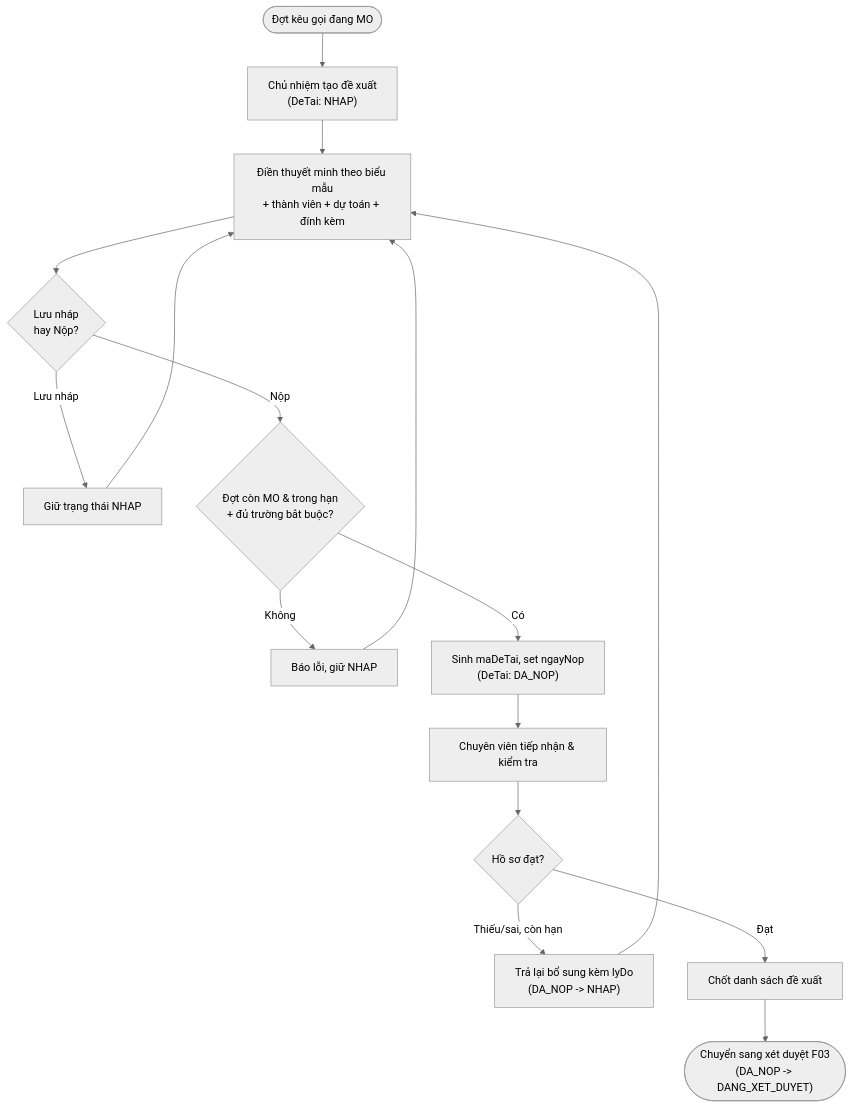
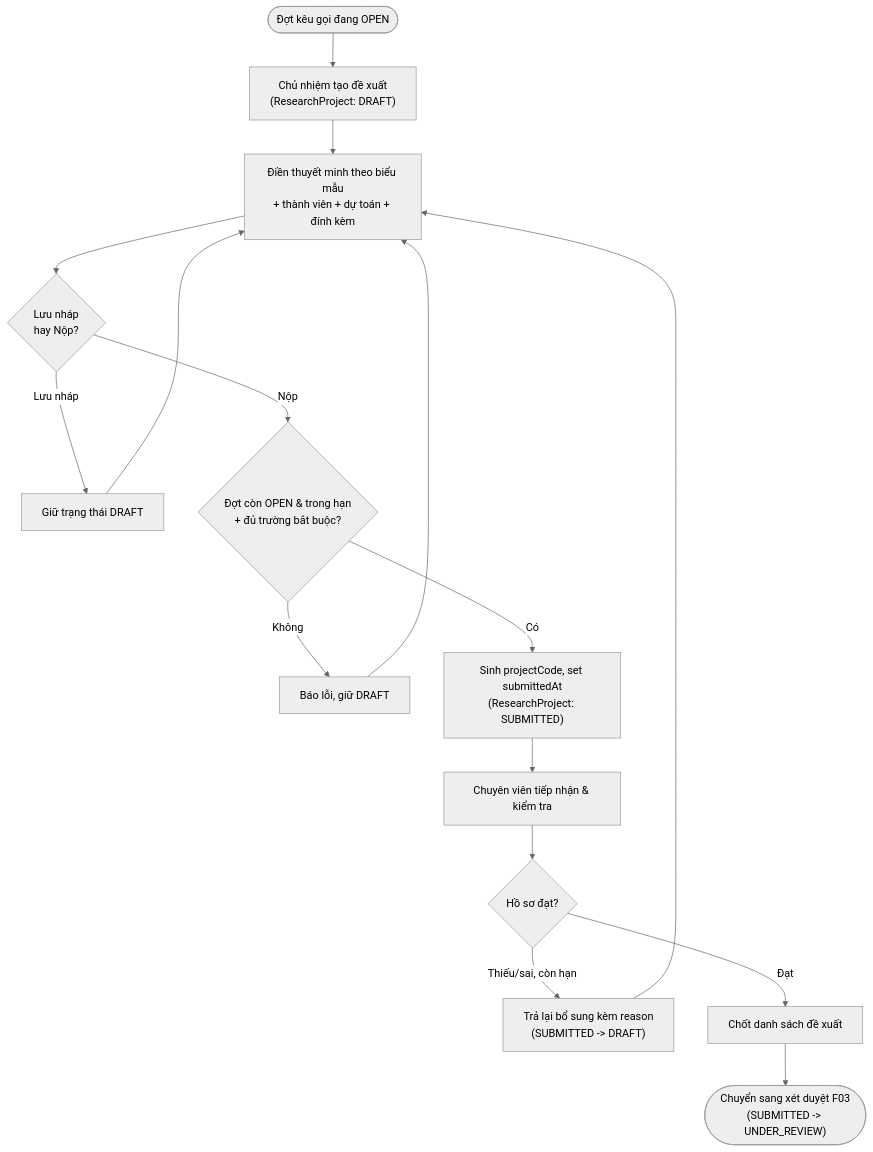
Before and after one commit to PTZero2026/rms-docs: the diagram in docs/features/F01-de-xuat-de-tai/spec.md, drawn with Mermaid (neutral theme). The commit also changed other lines of this file and 44 other files, not shown here.

Commit message:
docs: update project roadmap, architecture decisions, and comprehensive documentation for core features and testing plans

````diff
--- a/docs/features/F01-de-xuat-de-tai/spec.md
+++ b/docs/features/F01-de-xuat-de-tai/spec.md
@@ -51,18 +51,18 @@
 ```mermaid
 flowchart TD
-    start([Đợt kêu gọi đang MO]) --> create["Chủ nhiệm tạo đề xuất<br/>(DeTai: NHAP)"]
+    start([Đợt kêu gọi đang OPEN]) --> create["Chủ nhiệm tạo đề xuất<br/>(ResearchProject: DRAFT)"]
     create --> edit["Điền thuyết minh theo biểu mẫu<br/>+ thành viên + dự toán + đính kèm"]
     edit --> save{"Lưu nháp<br/>hay Nộp?"}
-    save -->|Lưu nháp| draft["Giữ trạng thái NHAP"]
+    save -->|Lưu nháp| draft["Giữ trạng thái DRAFT"]
     draft --> edit
-    save -->|Nộp| validate{"Đợt còn MO &amp; trong hạn<br/>+ đủ trường bắt buộc?"}
-    validate -->|Không| reject["Báo lỗi, giữ NHAP"]
+    save -->|Nộp| validate{"Đợt còn OPEN &amp; trong hạn<br/>+ đủ trường bắt buộc?"}
+    validate -->|Không| reject["Báo lỗi, giữ DRAFT"]
     reject --> edit
-    validate -->|Có| submit["Sinh maDeTai, set ngayNop<br/>(DeTai: DA_NOP)"]
+    validate -->|Có| submit["Sinh projectCode, set submittedAt<br/>(ResearchProject: SUBMITTED)"]
     submit --> receive["Chuyên viên tiếp nhận &amp; kiểm tra"]
     receive --> check{"Hồ sơ đạt?"}
-    check -->|Thiếu/sai, còn hạn| back["Trả lại bổ sung kèm lyDo<br/>(DA_NOP -> NHAP)"]
+    check -->|Thiếu/sai, còn hạn| back["Trả lại bổ sung kèm reason<br/>(SUBMITTED -> DRAFT)"]
     back --> edit
     check -->|Đạt| lock["Chốt danh sách đề xuất"]
-    lock --> f03(["Chuyển sang xét duyệt F03<br/>(DA_NOP -> DANG_XET_DUYET)"])
+    lock --> f03(["Chuyển sang xét duyệt F03<br/>(SUBMITTED -> UNDER_REVIEW)"])
 ```
````
